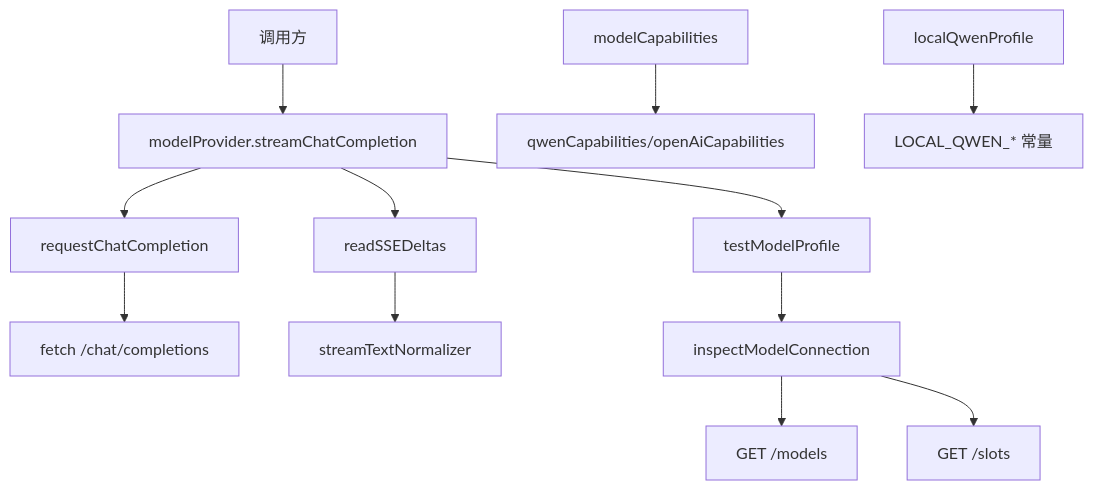
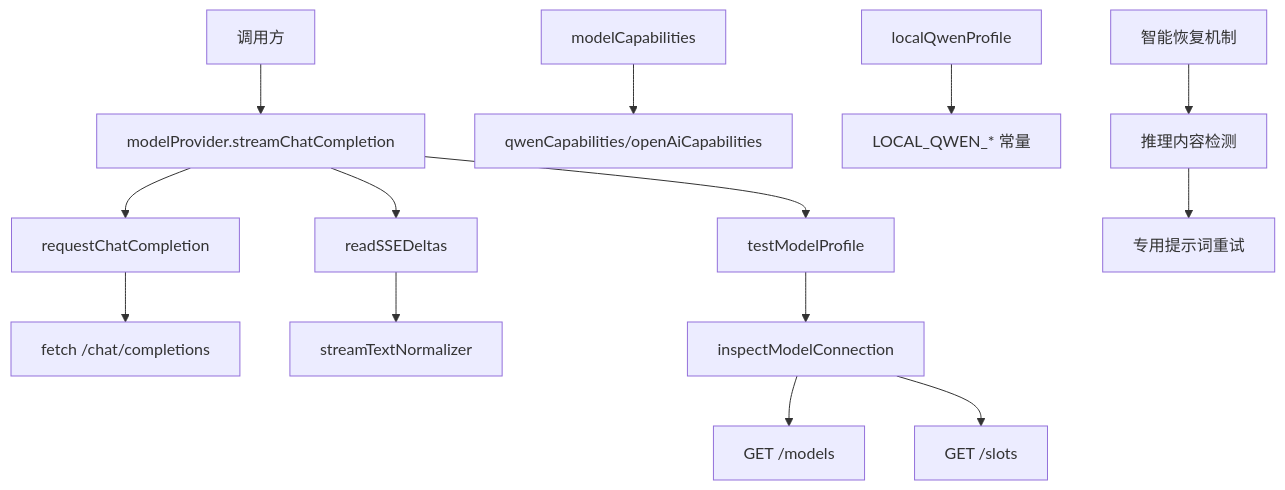
The first of 7 diagrams in .qoder/repowiki/zh/content/核心模块/Agent 工作进程/模型提供者/模型提供者.md (dyx-9163/ai-aifar), drawn with Mermaid before and after one commit. The commit also changed other lines of this file and 37 other files, not shown here.

````diff
--- a/.qoder/repowiki/zh/content/核心模块/Agent 工作进程/模型提供者/模型提供者.md
+++ b/.qoder/repowiki/zh/content/核心模块/Agent 工作进程/模型提供者/模型提供者.md
@@ -43,14 +52,16 @@
 ```mermaid
 graph TB
 A["调用方"] --> B["modelProvider.streamChatCompletion"]
 B --> C["requestChatCompletion"]
 C --> D["fetch /chat/completions"]
 B --> E["readSSEDeltas"]
 E --> F["streamTextNormalizer"]
 B --> G["testModelProfile"]
 G --> H["inspectModelConnection"]
 H --> I["GET /models"]
 H --> J["GET /slots"]
 K["modelCapabilities"] --> L["qwenCapabilities/openAiCapabilities"]
 M["localQwenProfile"] --> N["LOCAL_QWEN_* 常量"]
+O["智能恢复机制"] --> P["推理内容检测"]
+P --> Q["专用提示词重试"]
 ```
````
